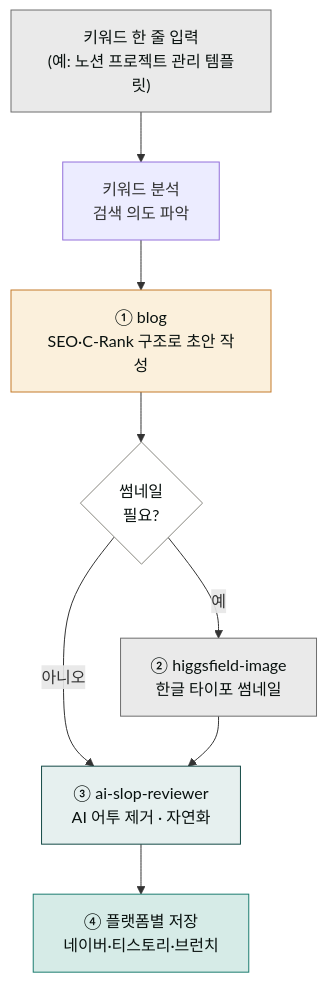
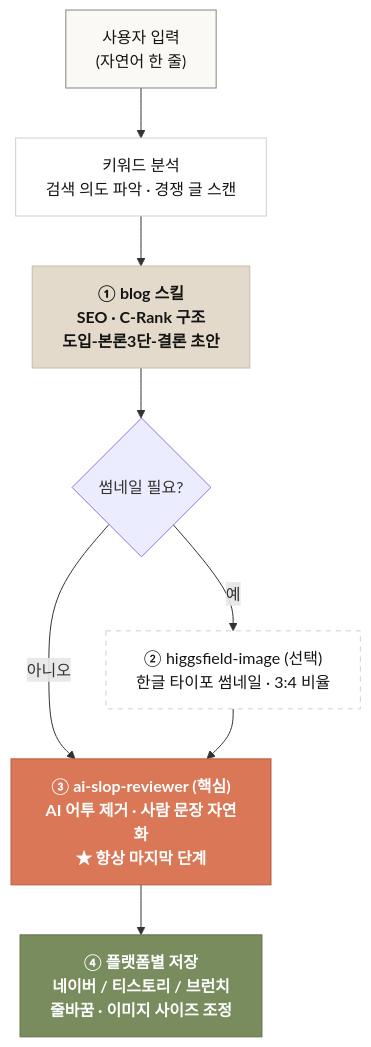
One commit to modu-ai/claude changed the diagram in content/cookbook/blog-pipeline.md. Above: the diagram before and after it, drawn with Mermaid. The commit also changed other lines of this file and 84 other files, not shown here.

First line of the commit message:
docs(docs-site): drawio → mermaid 전환 + 카운트 정정 + drawio 잔재 제거 (v2.23.0)

````diff
--- a/content/cookbook/blog-pipeline.md
+++ b/content/cookbook/blog-pipeline.md
@@ -18,17 +18,24 @@
 ```mermaid
 flowchart TD
-    START["키워드 한 줄 입력<br/>(예: 노션 프로젝트 관리 템플릿)"] --> KW["키워드 분석<br/>검색 의도 파악"]
-    KW --> A["① blog<br/>SEO·C-Rank 구조로 초안 작성"]
-    A --> B{"썸네일<br/>필요?"}
-    B -- "예" --> C["② higgsfield-image<br/>한글 타이포 썸네일"]
-    B -- "아니오" --> D["③ ai-slop-reviewer<br/>AI 어투 제거 · 자연화"]
-    C --> D
-    D --> E["④ 플랫폼별 저장<br/>네이버·티스토리·브런치"]
+    A["사용자 입력<br/>(자연어 한 줄)"] --> B["키워드 분석<br/>검색 의도 파악 · 경쟁 글 스캔"]
+    B --> C["① blog 스킬<br/>SEO · C-Rank 구조<br/>도입-본론3단-결론 초안"]
+    C --> D{"썸네일 필요?"}
+    D -- "예" --> E["② higgsfield-image (선택)<br/>한글 타이포 썸네일 · 3:4 비율"]
+    D -- "아니오" --> F
+    E --> F["③ ai-slop-reviewer (핵심)<br/>AI 어투 제거 · 사람 문장 자연화<br/>★ 항상 마지막 단계"]
+    F --> G["④ 플랫폼별 저장<br/>네이버 / 티스토리 / 브런치<br/>줄바꿈 · 이미지 사이즈 조정"]
 
-    style START fill:#eaeaea,stroke:#6e6e6e,color:#09110f
-    style A fill:#fbf0dc,stroke:#c47b2a,color:#09110f
-    style B fill:#fff,stroke:#87867f,color:#09110f
-    style C fill:#eaeaea,stroke:#6e6e6e,color:#09110f
-    style D fill:#e6f0ef,stroke:#144a46,color:#09110f
-    style E fill:#d6ebe7,stroke:#1c7c70,color:#09110f
+    classDef input fill:#FAF9F5,stroke:#87867F,color:#141413
+    classDef step fill:#FFFFFF,stroke:#D1CFC5,color:#141413
+    classDef core fill:#E3DACC,stroke:#C9BCA6,color:#141413,font-weight:bold
+    classDef review fill:#D97757,stroke:#B85C3E,color:#FFFFFF,font-weight:bold
+    classDef save fill:#788C5D,stroke:#5F6F4A,color:#FFFFFF,font-weight:bold
+    classDef opt fill:#FFFFFF,stroke:#D1CFC5,color:#141413,stroke-dasharray:5 5
+
+    class A input
+    class B step
+    class C core
+    class E opt
+    class F review
+    class G save
 ```
````
